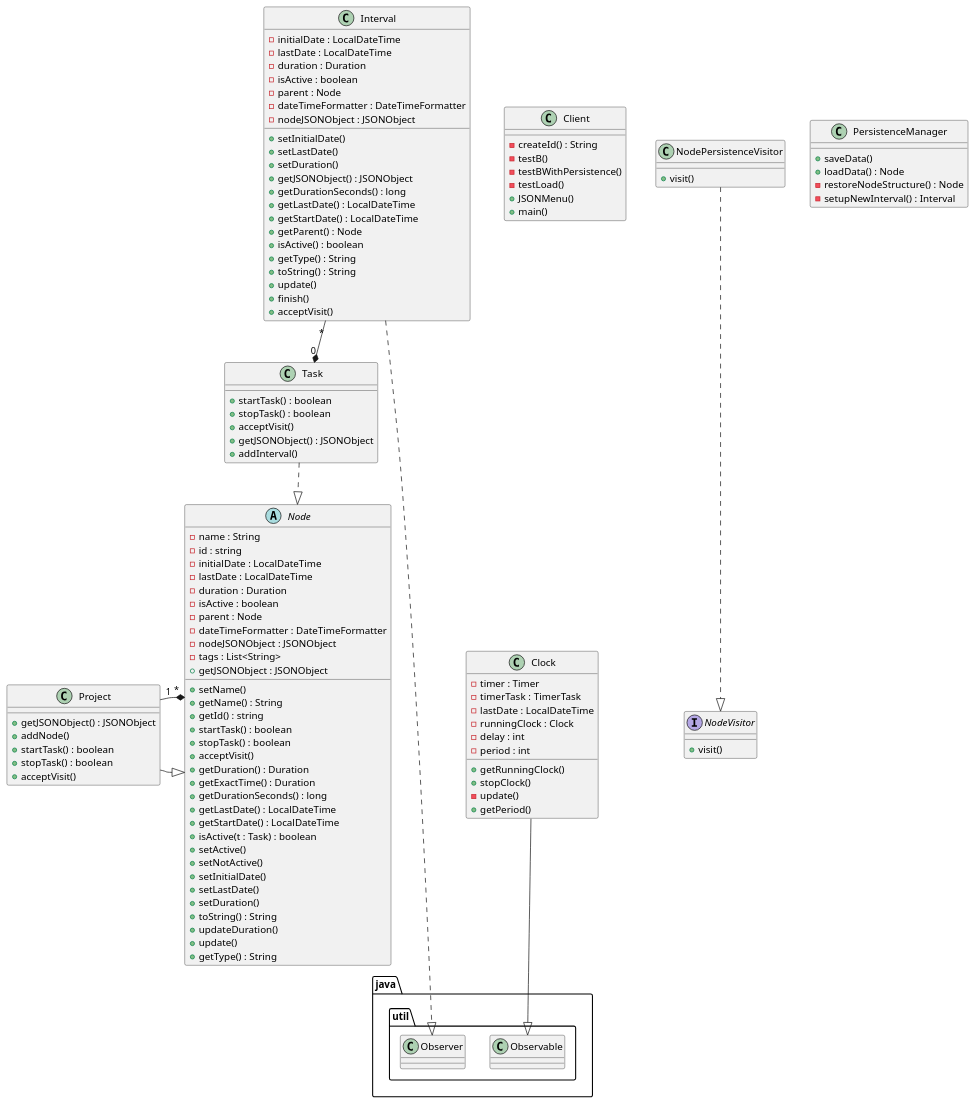
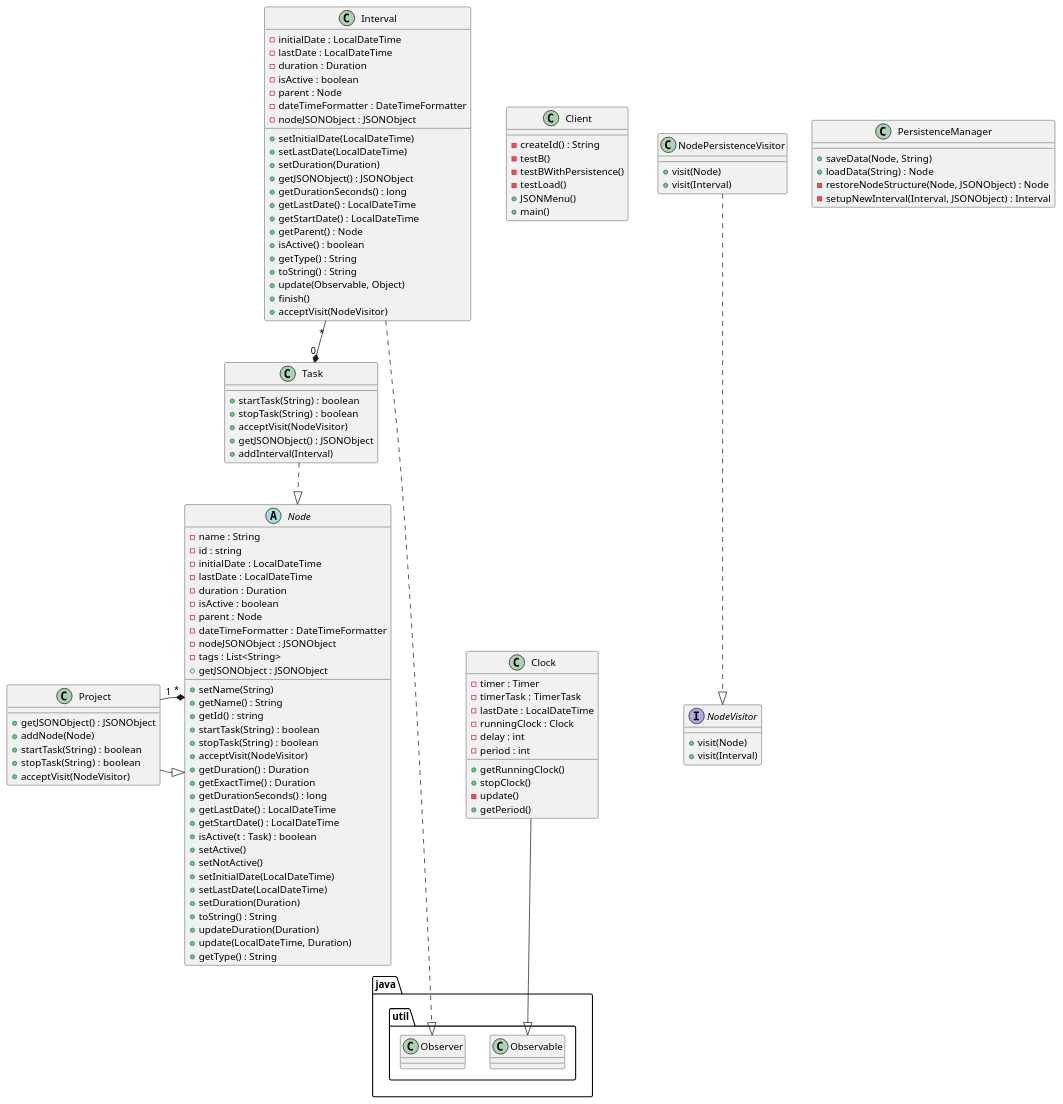
Before and after one commit to gonzaloarilla/DS_TimeTracker: the diagram in src/uml.puml, drawn with PlantUML. The commit also changed 1 other file, not shown here.

Commit message:
Updated UML with parameters

```diff
--- a/src/uml.puml
+++ b/src/uml.puml
@@ -1,122 +1,124 @@
 @startuml
 class Client {
 - createId() : String
 - testB()
 - testBWithPersistence()
 - testLoad()
 + JSONMenu()
 + main()
 }
 
 abstract Node {
 - name : String
 - id : string
 - initialDate : LocalDateTime
 - lastDate : LocalDateTime
 - duration : Duration
 - isActive : boolean
 - parent : Node
 - dateTimeFormatter : DateTimeFormatter
 - nodeJSONObject : JSONObject
 - tags : List<String>
 + getJSONObject : JSONObject
-+ setName()
++ setName(String)
 + getName() : String
 + getId() : string
-+ startTask() : boolean
-+ stopTask() : boolean
-+ acceptVisit()
++ startTask(String) : boolean
++ stopTask(String) : boolean
++ acceptVisit(NodeVisitor)
 + getDuration() : Duration
 + getExactTime() : Duration
 + getDurationSeconds() : long
 + getLastDate() : LocalDateTime
 + getStartDate() : LocalDateTime
 + isActive(t : Task) : boolean
 + setActive()
 + setNotActive()
-+ setInitialDate()
-+ setLastDate()
-+ setDuration()
++ setInitialDate(LocalDateTime)
++ setLastDate(LocalDateTime)
++ setDuration(Duration)
 + toString() : String
-+ updateDuration()
-+ update()
++ updateDuration(Duration)
++ update(LocalDateTime, Duration)
 + getType() : String
 }
 
 class Project {
 + getJSONObject() : JSONObject
-+ addNode()
-+ startTask() : boolean
-+ stopTask() : boolean
-+ acceptVisit()
++ addNode(Node)
++ startTask(String) : boolean
++ stopTask(String) : boolean
++ acceptVisit(NodeVisitor)
 }
 
 class Task {
-+ startTask() : boolean
-+ stopTask() : boolean
-+ acceptVisit()
++ startTask(String) : boolean
++ stopTask(String) : boolean
++ acceptVisit(NodeVisitor)
 + getJSONObject() : JSONObject
-+ addInterval()
++ addInterval(Interval)
 }
 
 class Interval {
 - initialDate : LocalDateTime
 - lastDate : LocalDateTime
 - duration : Duration
 - isActive : boolean
 - parent : Node
 - dateTimeFormatter : DateTimeFormatter
 - nodeJSONObject : JSONObject
-+ setInitialDate()
-+ setLastDate()
-+ setDuration()
++ setInitialDate(LocalDateTime)
++ setLastDate(LocalDateTime)
++ setDuration(Duration)
 + getJSONObject() : JSONObject
 + getDurationSeconds() : long
 + getLastDate() : LocalDateTime
 + getStartDate() : LocalDateTime
 + getParent() : Node
 + isActive() : boolean
 + getType() : String
 + toString() : String
-+ update()
++ update(Observable, Object)
 + finish()
-+ acceptVisit()
++ acceptVisit(NodeVisitor)
 }
 
 class Clock {
 - timer : Timer
 - timerTask : TimerTask
 - lastDate : LocalDateTime
 - runningClock : Clock
 - delay : int
 - period : int
 + getRunningClock()
 + stopClock()
 - update()
 + getPeriod()
 }
 
 class NodePersistenceVisitor {
-+ visit()
++ visit(Node)
++ visit(Interval)
 }
 
 interface NodeVisitor {
-+ visit()
++ visit(Node)
++ visit(Interval)
 }
 
 class PersistenceManager {
-+ saveData()
-+ loadData() : Node
-- restoreNodeStructure() : Node
-- setupNewInterval() : Interval
++ saveData(Node, String)
++ loadData(String) : Node
+- restoreNodeStructure(Node, JSONObject) : Node
+- setupNewInterval(Interval, JSONObject) : Interval
 }
 
 Project -|> Node
 Node "*" *-- "1" Project
 Task -.|> Node
 Clock -down-|> java.util.Observable
 Interval -.down.-|> java.util.Observer
 Interval "*" --* "0" Task
 NodePersistenceVisitor -.down-|> NodeVisitor
 
 @enduml
```
